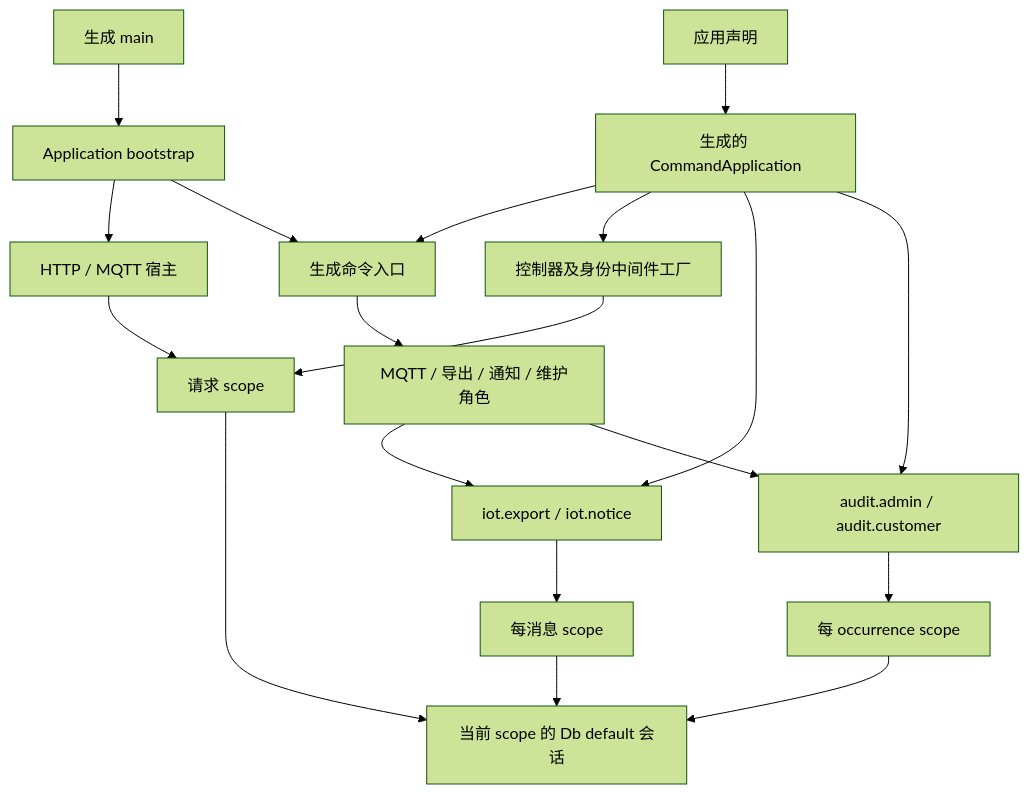
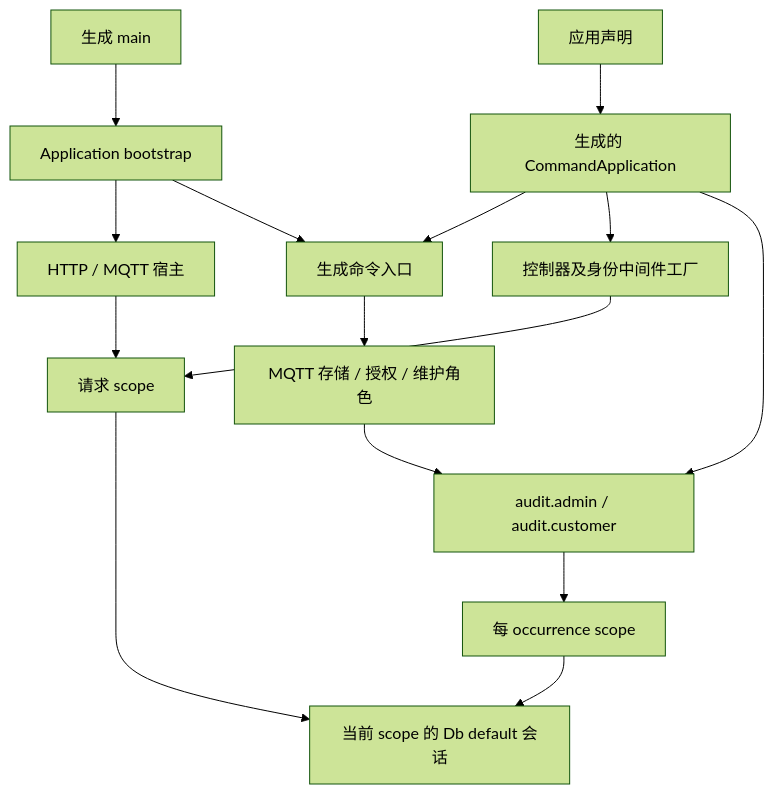
Before and after one commit to zoujingli/typeapp: the diagram in docs/development/iot-application-assembly.md, drawn with Mermaid (forest theme). The commit also changed other lines of this file and 149 other files, not shown here.

````diff
--- a/docs/development/iot-application-assembly.md
+++ b/docs/development/iot-application-assembly.md
@@ -7,21 +7,17 @@
 ```mermaid
 flowchart TD
   Declaration[应用声明] --> Generated[生成的 CommandApplication]
   Main[生成 main] --> Bootstrap[Application bootstrap]
   Bootstrap --> Http[HTTP / MQTT 宿主]
   Bootstrap --> Commands[生成命令入口]
   Generated --> Commands
   Generated --> Routes[控制器及身份中间件工厂]
-  Generated --> Jobs[iot.export / iot.notice]
   Generated --> Schedules[audit.admin / audit.customer]
   Http --> Request[请求 scope]
   Routes --> Request
-  Commands --> Roles[MQTT / 导出 / 通知 / 维护角色]
-  Roles --> Jobs
+  Commands --> Roles[MQTT 存储 / 授权 / 维护角色]
   Roles --> Schedules
-  Jobs --> JobScope[每消息 scope]
   Schedules --> TaskScope[每 occurrence scope]
   Request --> Db[当前 scope 的 Db default 会话]
-  JobScope --> Db
   TaskScope --> Db
 ```
````
